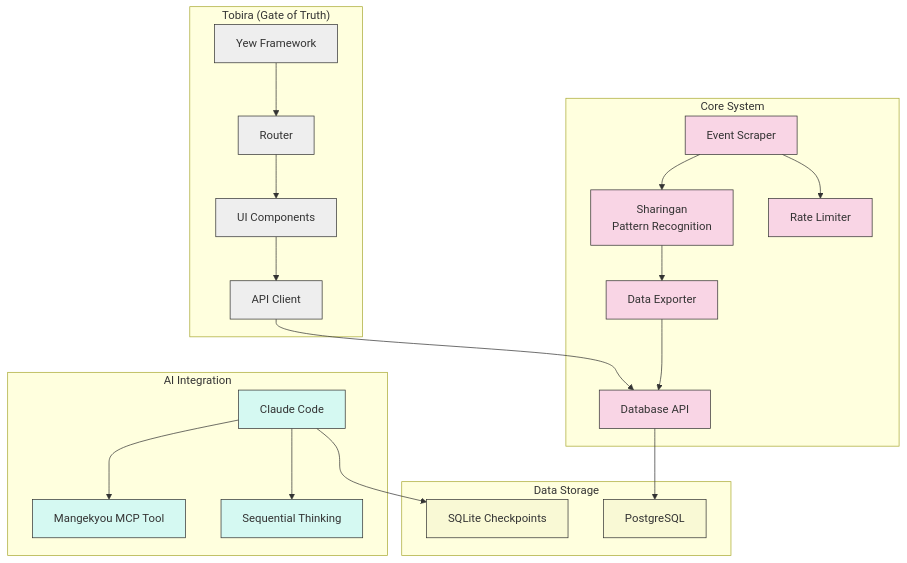
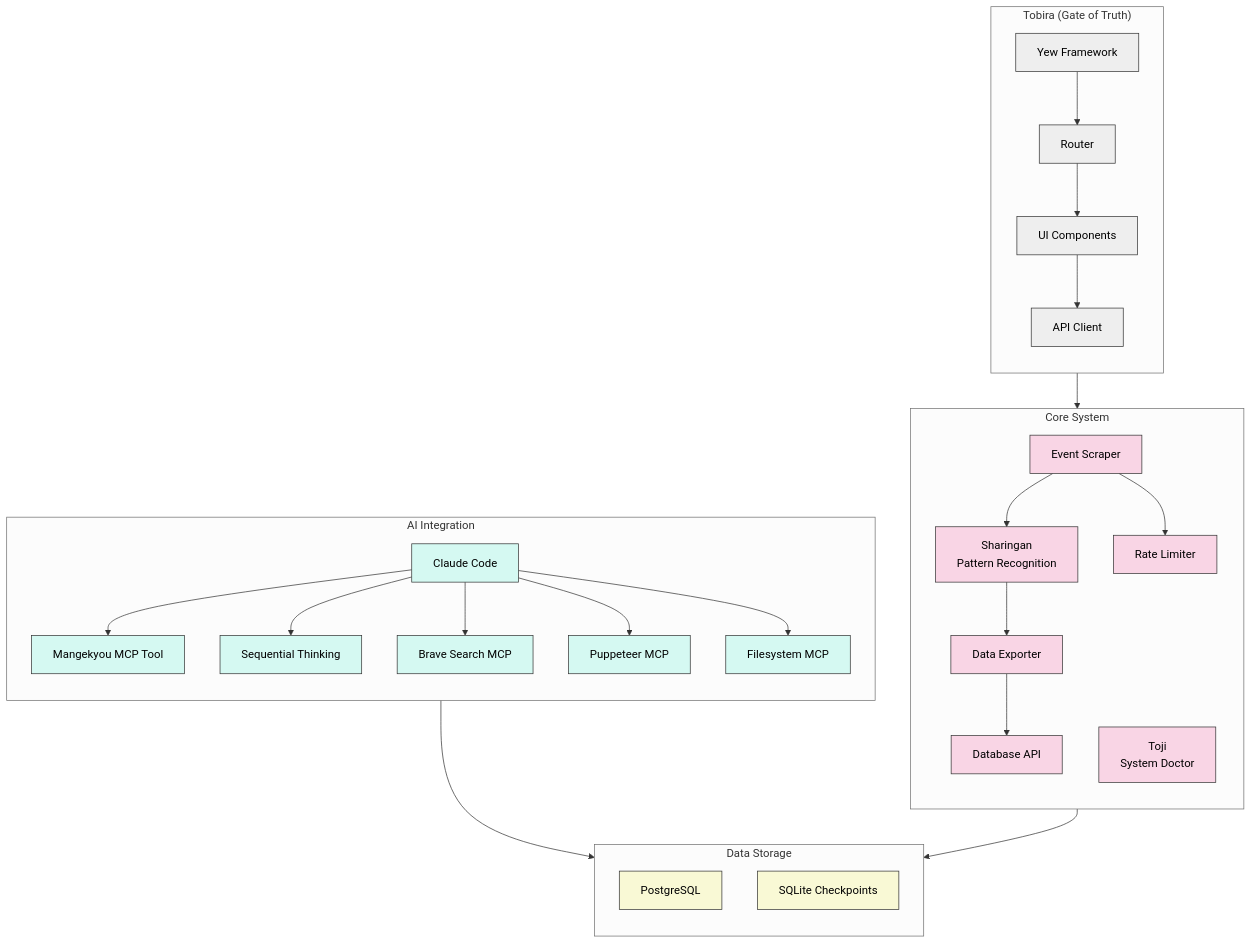
Before and after one commit to piabrota/ihoje: the diagram in README.md, drawn with Mermaid. The commit also changed other lines of this file and 184 other files, not shown here.

````diff
--- a/README.md
+++ b/README.md
@@ -21,53 +50,65 @@
 ```mermaid
+%%{init: {'theme': 'neutral', 'themeVariables': { 'fontSize': '16px', 'fontFamily': 'arial', 'lineColor': '#333333', 'primaryColor': '#bb99aa' }}}%%
 graph TB
     subgraph Core["Core System"]
+        direction TB
         Sharingan[Sharingan<br>Pattern Recognition]
         Scraper[Event Scraper]
         RateLimiter[Rate Limiter]
         Exporter[Data Exporter]
         Database[Database API]
+        Toji[Toji<br>System Doctor]
     end
     
     subgraph Frontend["Tobira (Gate of Truth)"]
+        direction TB
         Yew[Yew Framework]
         Components[UI Components]
         Router[Router]
         ApiClient[API Client]
     end
     
     subgraph AI["AI Integration"]
+        direction TB
         Claude[Claude Code]
         Mangekyou[Mangekyou MCP Tool]
         SequentialThinking[Sequential Thinking]
+        BraveSearch[Brave Search MCP]
+        Puppeteer[Puppeteer MCP]
+        Filesystem[Filesystem MCP]
     end
     
     subgraph Data["Data Storage"]
+        direction TB
         Postgres[PostgreSQL]
         SQLite[SQLite Checkpoints]
     end
     
     Scraper --> Sharingan
     Scraper --> RateLimiter
     Sharingan --> Exporter
     Exporter --> Database
     Database --> Postgres
     
     ApiClient --> Database
     Components --> ApiClient
     Router --> Components
     Yew --> Router
     
     Claude --> Mangekyou
     Claude --> SequentialThinking
+    Claude --> BraveSearch
+    Claude --> Puppeteer
+    Claude --> Filesystem
     Claude --> SQLite
     
     classDef core fill:#f9d5e5,stroke:#333,stroke-width:1px
     classDef frontend fill:#eeeeee,stroke:#333,stroke-width:1px
     classDef ai fill:#d5f9f2,stroke:#333,stroke-width:1px
     classDef data fill:#f9f9d5,stroke:#333,stroke-width:1px
     
-    class Sharingan,Scraper,RateLimiter,Exporter,Database core
+    class Sharingan,Scraper,RateLimiter,Exporter,Database,Toji core
     class Yew,Components,Router,ApiClient frontend
-    class Claude,Mangekyou,SequentialThinking ai
+    class Claude,Mangekyou,SequentialThinking,BraveSearch,Puppeteer,Filesystem ai
     class Postgres,SQLite data
 ```
````
